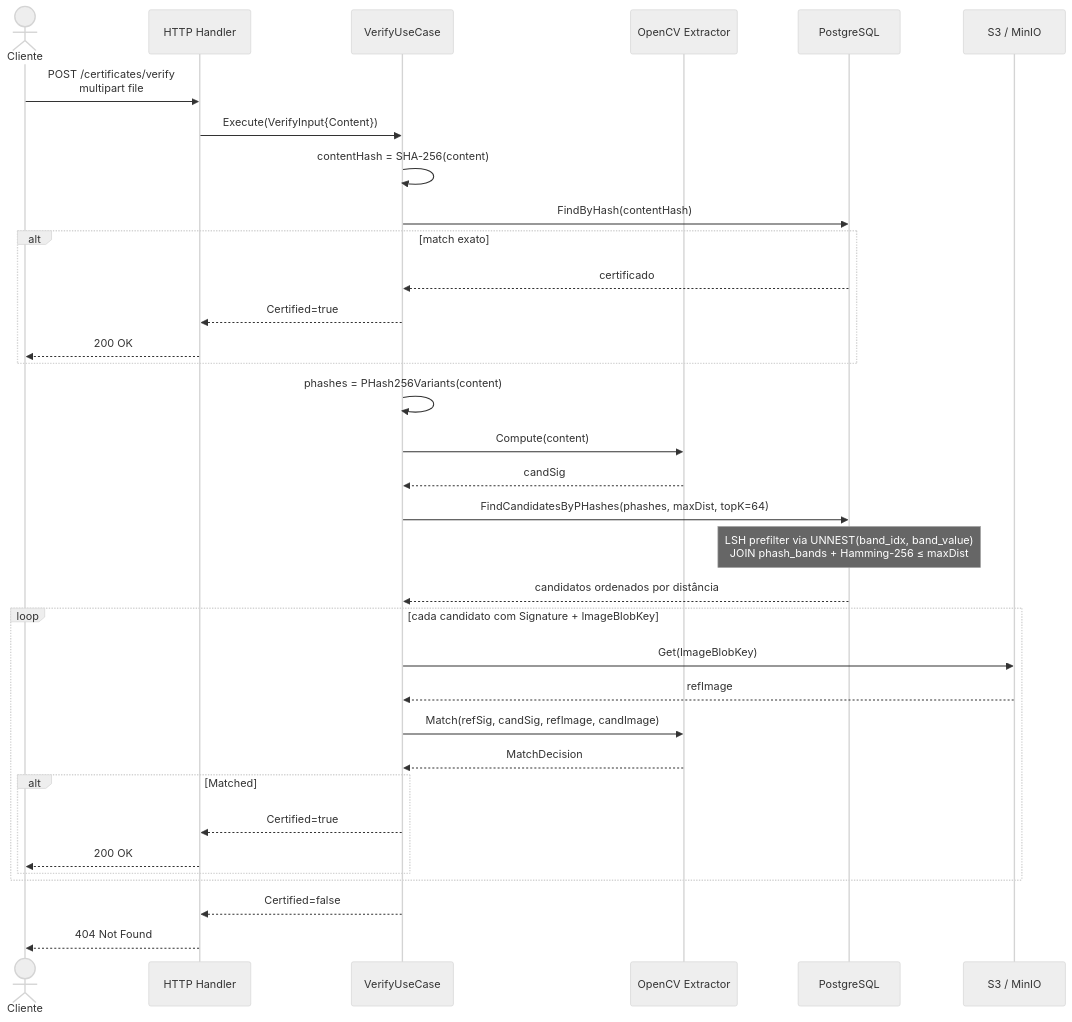
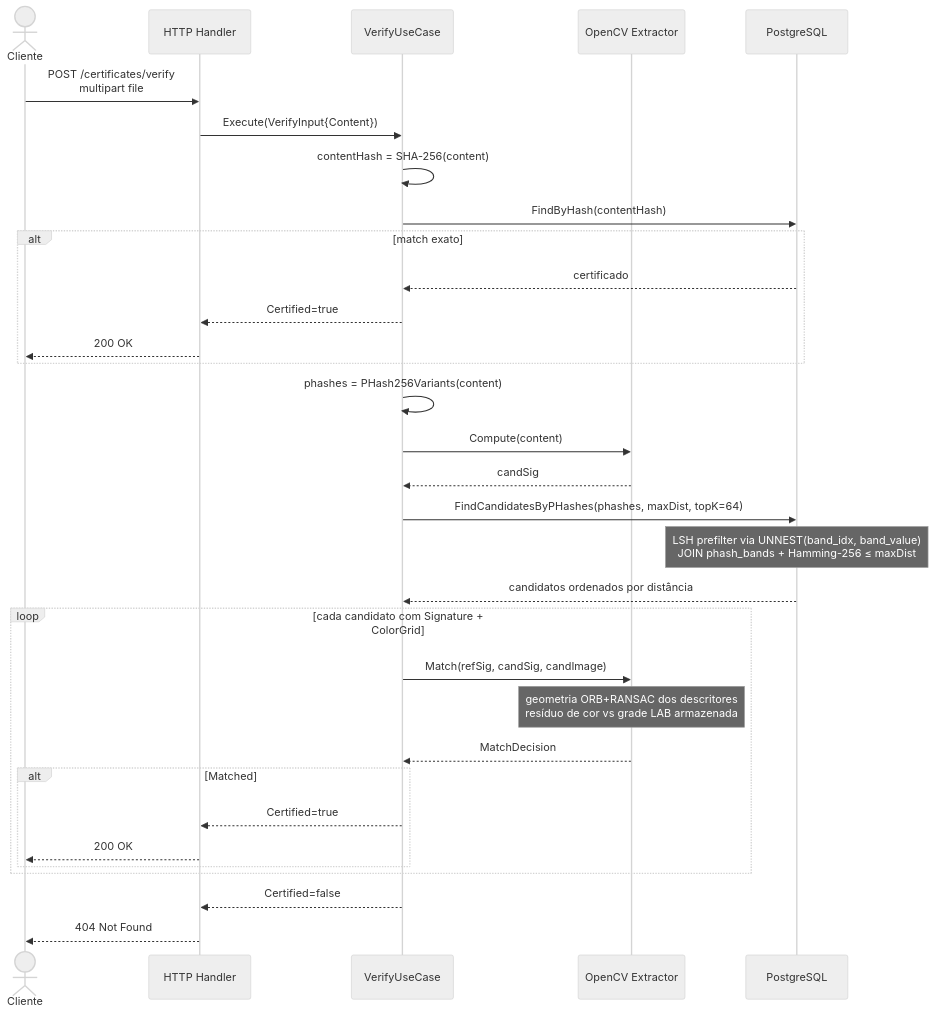
The second of 3 diagrams in docs/SEQUENCE_DIAGRAM.md (waizbart/aletheia-api), drawn with Mermaid (neutral theme) before and after one commit. The commit also changed other lines of this file and 4 other files, not shown here.

Commit message:
docs: drop S3/MinIO references and document the color grid pipeline

````diff
--- a/docs/SEQUENCE_DIAGRAM.md
+++ b/docs/SEQUENCE_DIAGRAM.md
@@ -63,43 +60,41 @@
 ```mermaid
 sequenceDiagram
     actor U as Cliente
     participant API as HTTP Handler
     participant UC as VerifyUseCase
     participant CV as OpenCV Extractor
     participant DB as PostgreSQL
-    participant S3 as S3 / MinIO
 
     U->>API: POST /certificates/verify<br/>multipart file
     API->>UC: Execute(VerifyInput{Content})
 
     UC->>UC: contentHash = SHA-256(content)
     UC->>DB: FindByHash(contentHash)
 
     alt match exato
         DB-->>UC: certificado
         UC-->>API: Certified=true
         API-->>U: 200 OK
     end
 
     UC->>UC: phashes = PHash256Variants(content)
     UC->>CV: Compute(content)
     CV-->>UC: candSig
 
     UC->>DB: FindCandidatesByPHashes(phashes, maxDist, topK=64)
     Note over DB: LSH prefilter via UNNEST(band_idx, band_value)<br/>JOIN phash_bands + Hamming-256 ≤ maxDist
     DB-->>UC: candidatos ordenados por distância
 
-    loop cada candidato com Signature + ImageBlobKey
-        UC->>S3: Get(ImageBlobKey)
-        S3-->>UC: refImage
-        UC->>CV: Match(refSig, candSig, refImage, candImage)
+    loop cada candidato com Signature + ColorGrid
+        UC->>CV: Match(refSig, candSig, candImage)
+        Note over CV: geometria ORB+RANSAC dos descritores<br/>resíduo de cor vs grade LAB armazenada
         CV-->>UC: MatchDecision
         alt Matched
             UC-->>API: Certified=true
             API-->>U: 200 OK
         end
     end
 
     UC-->>API: Certified=false
     API-->>U: 404 Not Found
 ```
````
